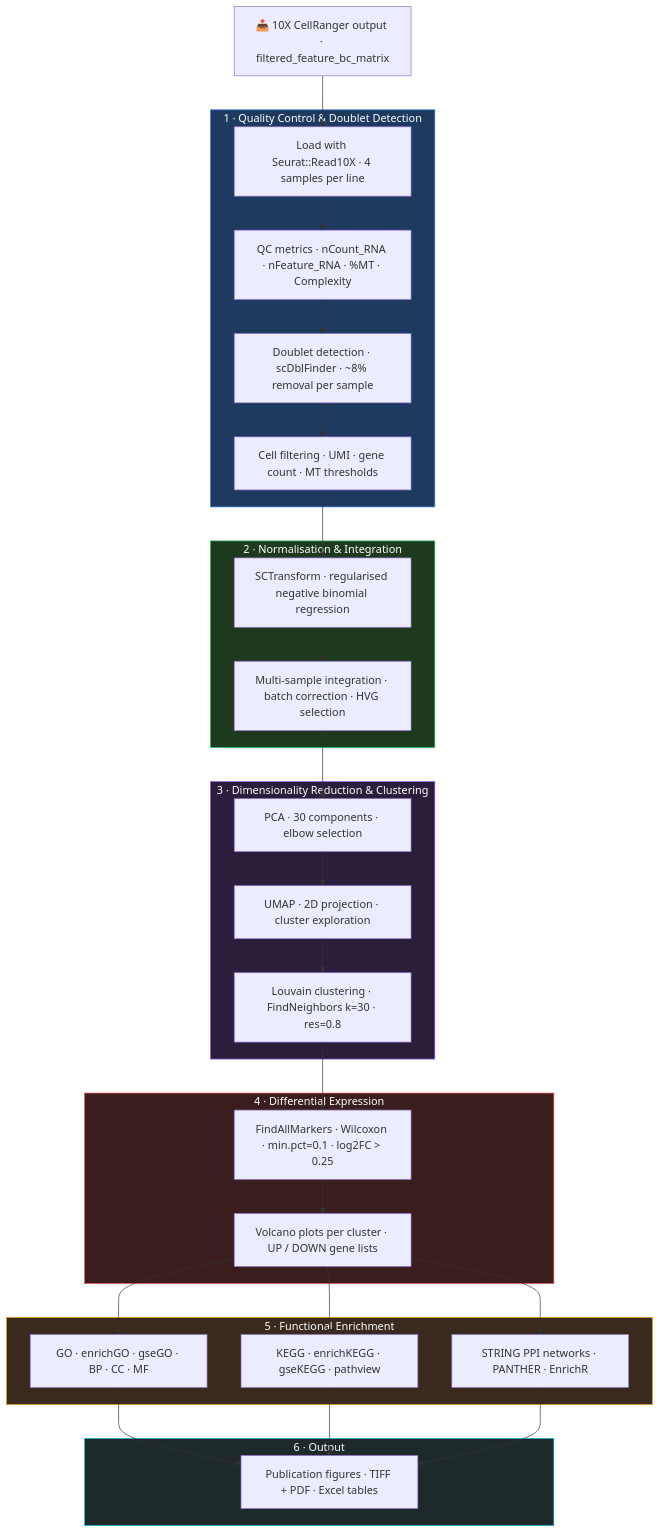
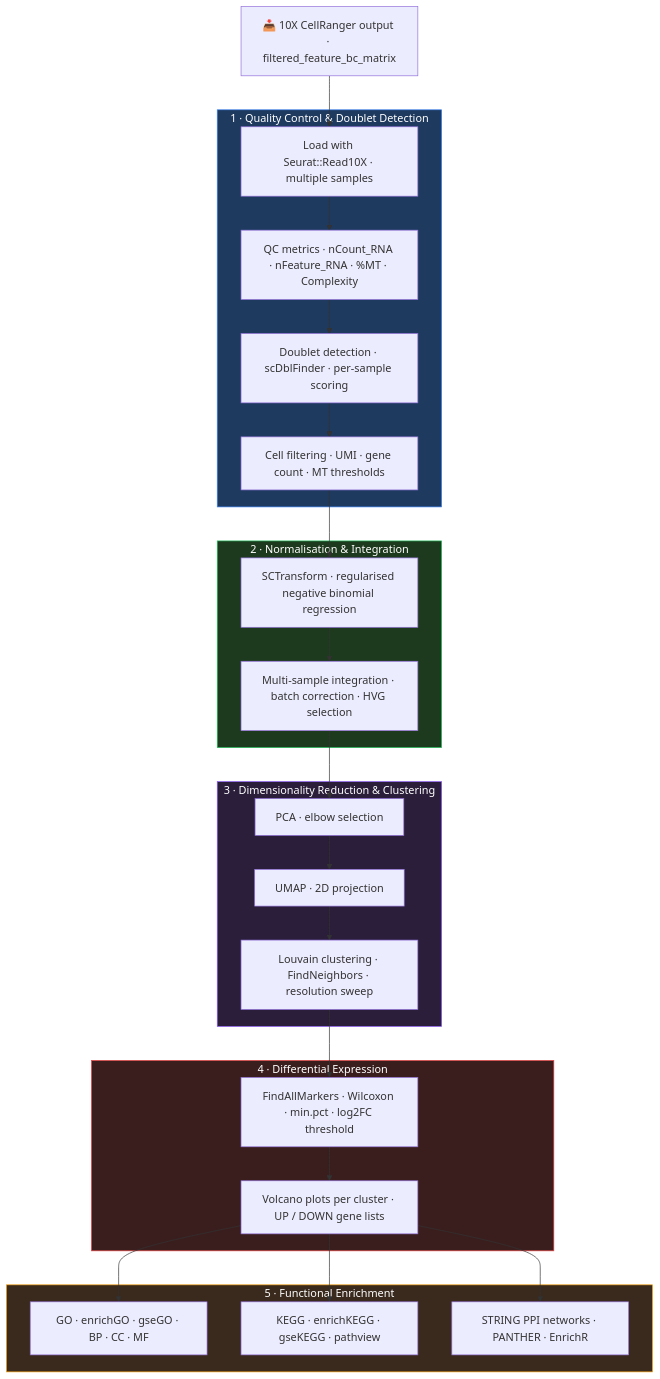
Before and after one commit to SLopezBegines/snRNAsep_mouse: the diagram in README.md, drawn with Mermaid. The commit also changed other lines of this file and 8 other files, not shown here.

````diff
--- a/README.md
+++ b/README.md
@@ -24,44 +19,39 @@
 ```mermaid
 flowchart TD
     A["📥 10X CellRanger output · filtered_feature_bc_matrix"] --> B
 
     subgraph QC ["1 · Quality Control & Doublet Detection"]
-        B["Load with Seurat::Read10X · 4 samples per line"]
+        B["Load with Seurat::Read10X · multiple samples"]
         B --> C["QC metrics · nCount_RNA · nFeature_RNA · %MT · Complexity"]
-        C --> D["Doublet detection · scDblFinder · ~8% removal per sample"]
+        C --> D["Doublet detection · scDblFinder · per-sample scoring"]
         D --> E["Cell filtering · UMI · gene count · MT thresholds"]
     end
 
     subgraph NORM ["2 · Normalisation & Integration"]
         E --> F["SCTransform · regularised negative binomial regression"]
         F --> G["Multi-sample integration · batch correction · HVG selection"]
     end
 
     subgraph DIM ["3 · Dimensionality Reduction & Clustering"]
-        G --> H["PCA · 30 components · elbow selection"]
-        H --> I["UMAP · 2D projection · cluster exploration"]
-        I --> J["Louvain clustering · FindNeighbors k=30 · res=0.8"]
+        G --> H["PCA · elbow selection"]
+        H --> I["UMAP · 2D projection"]
+        I --> J["Louvain clustering · FindNeighbors · resolution sweep"]
     end
 
     subgraph DE ["4 · Differential Expression"]
-        J --> K["FindAllMarkers · Wilcoxon · min.pct=0.1 · log2FC > 0.25"]
+        J --> K["FindAllMarkers · Wilcoxon · min.pct · log2FC threshold"]
         K --> L["Volcano plots per cluster · UP / DOWN gene lists"]
     end
 
     subgraph ENRICH ["5 · Functional Enrichment"]
         L --> M["GO · enrichGO · gseGO · BP · CC · MF"]
         L --> N["KEGG · enrichKEGG · gseKEGG · pathview"]
         L --> O["STRING PPI networks · PANTHER · EnrichR"]
     end
 
-    subgraph OUT ["6 · Output"]
-        M & N & O --> P["Publication figures · TIFF + PDF · Excel tables"]
-    end
-
     style QC fill:#1e3a5f,color:#fff,stroke:#3b82f6
     style NORM fill:#1e3a1e,color:#fff,stroke:#22c55e
     style DIM fill:#2a1e3a,color:#fff,stroke:#8b5cf6
     style DE fill:#3a1e1e,color:#fff,stroke:#ef4444
     style ENRICH fill:#3a2a1e,color:#fff,stroke:#f59e0b
-    style OUT fill:#1e2a2a,color:#fff,stroke:#06b6d4
 ```
````
